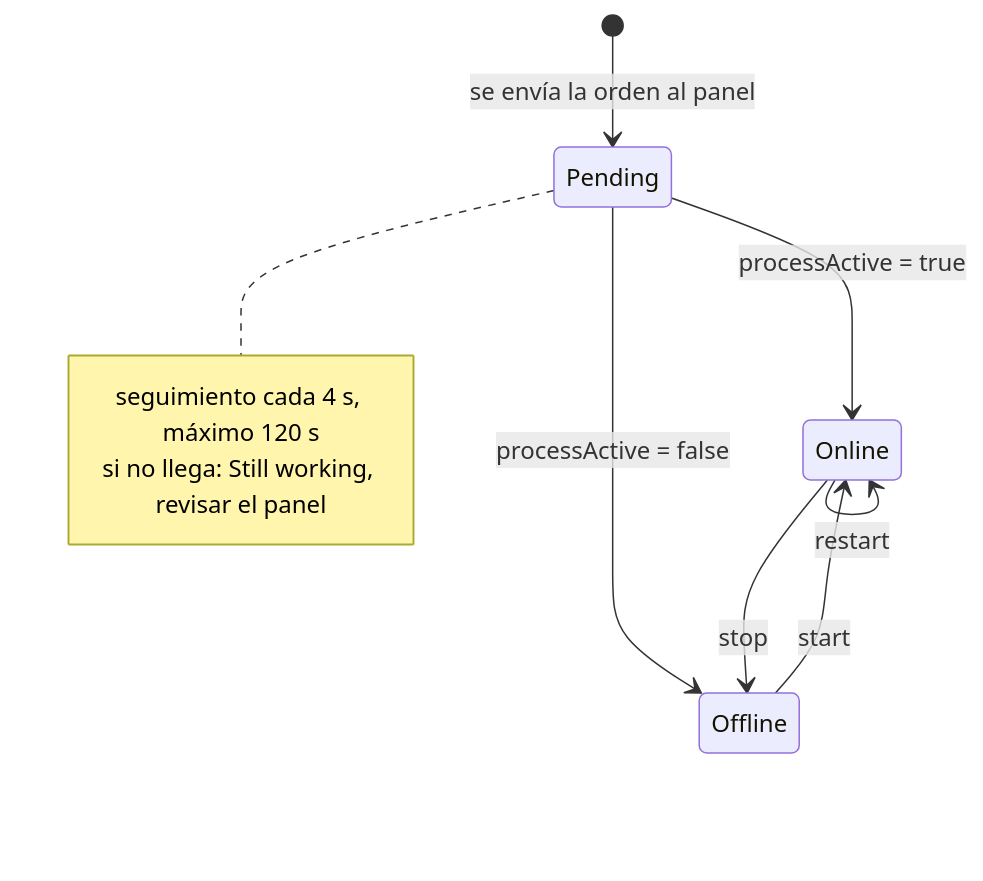
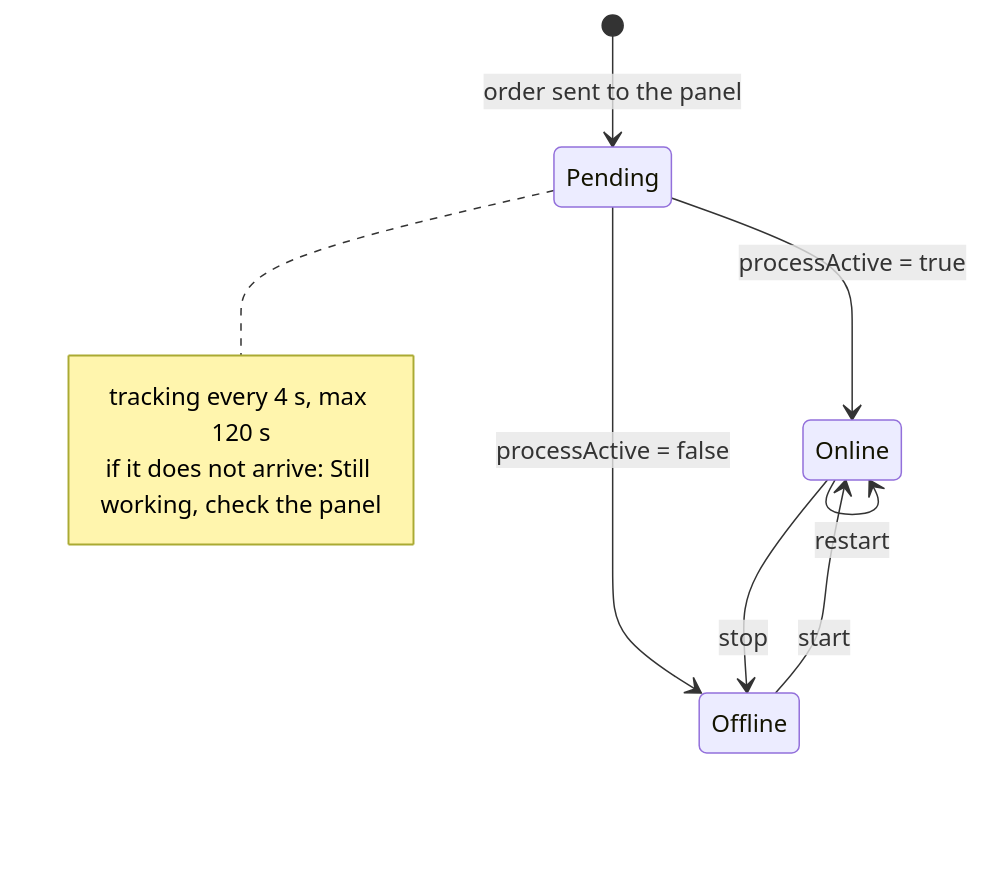
One commit to neyzerth/gameap-discord changed the second of 2 diagrams in docs/commands.md. Above: the diagram before and after it, drawn with Mermaid. The commit also changed other lines of this file and 37 other files, not shown here.

````diff
--- a/docs/commands.md
+++ b/docs/commands.md
@@ -84,13 +86,13 @@
 ```mermaid
 stateDiagram-v2
-  [*] --> Pending: se envía la orden al panel
+  [*] --> Pending: order sent to the panel
   Pending --> Online: processActive = true
   Pending --> Offline: processActive = false
   Online --> Offline: stop
   Offline --> Online: start
   Online --> Online: restart
   note right of Pending
-    seguimiento cada 4 s, máximo 120 s
-    si no llega: Still working, revisar el panel
+    tracking every 4 s, max 120 s
+    if it does not arrive: Still working, check the panel
   end note
 ```
````
